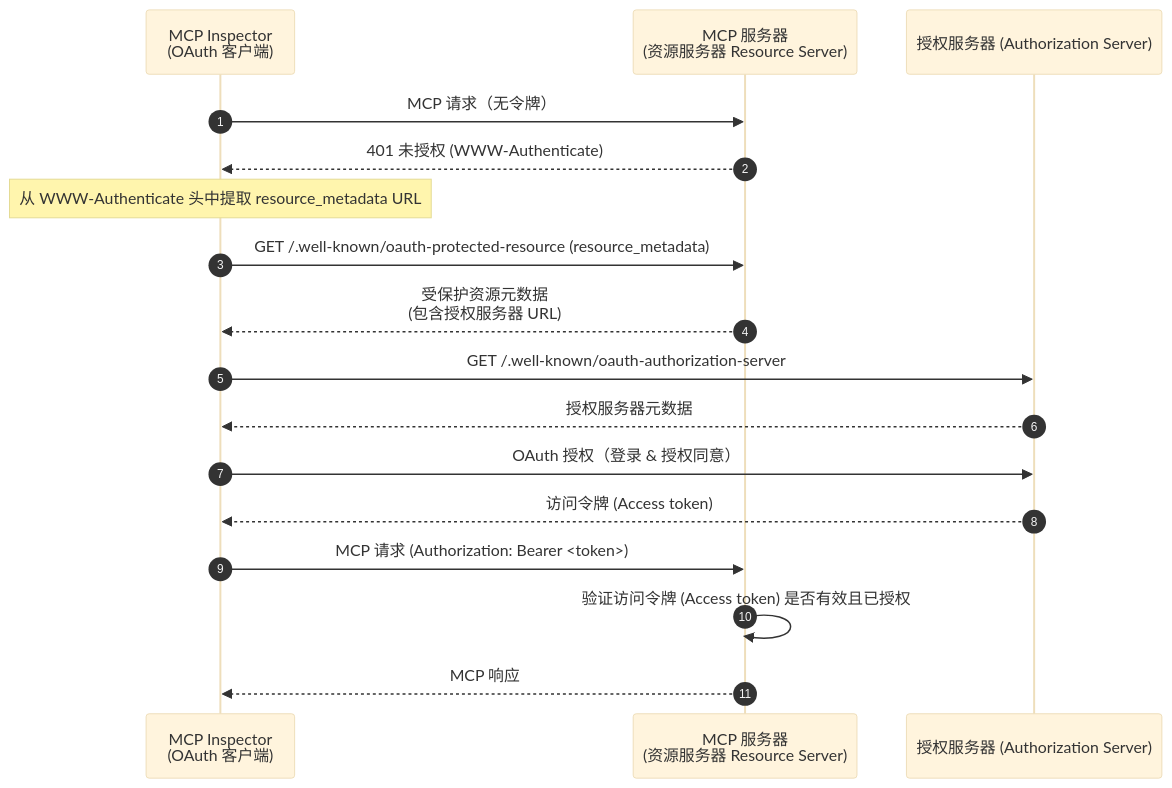
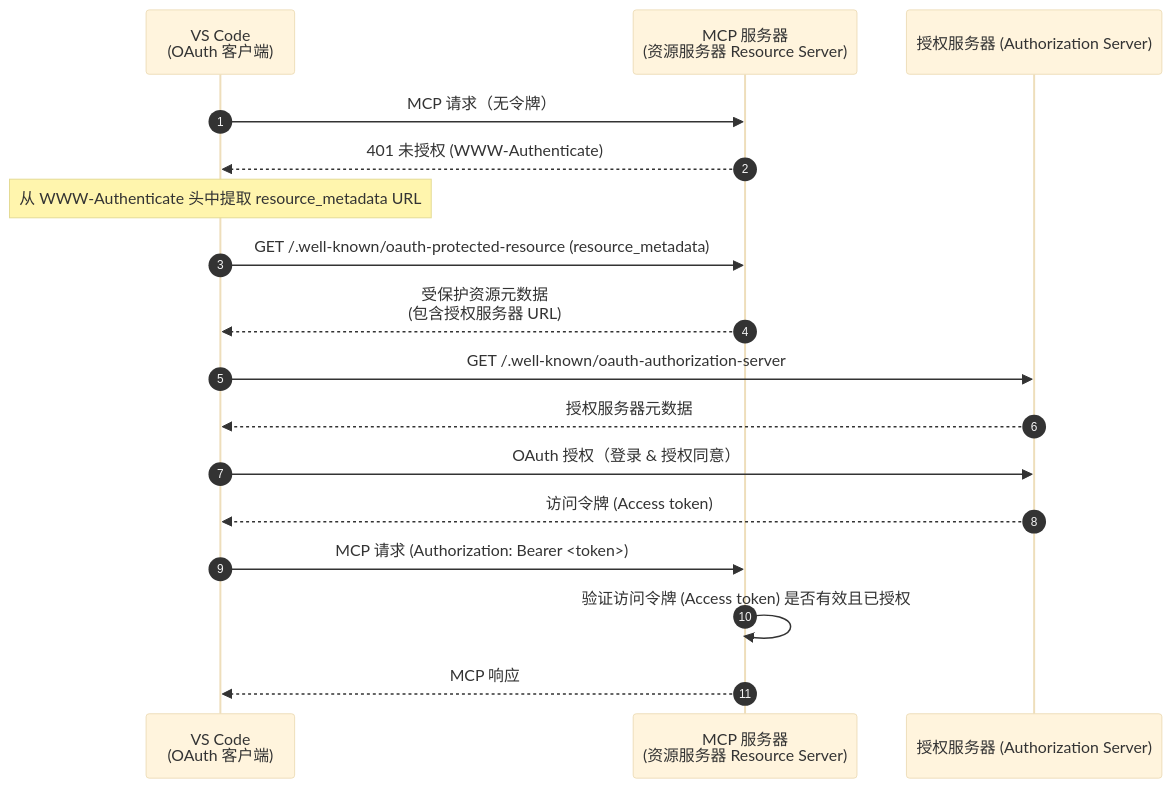
Before and after one commit to mcp-auth/docs: the first of 2 diagrams in i18n/zh-CN/docusaurus-plugin-content-docs/current/tutorials/todo-manager/README.mdx, drawn with Mermaid (base theme). The commit also changed other lines of this file and 18 other files, not shown here.

````diff
--- a/i18n/zh-CN/docusaurus-plugin-content-docs/current/tutorials/todo-manager/README.mdx
+++ b/i18n/zh-CN/docusaurus-plugin-content-docs/current/tutorials/todo-manager/README.mdx
@@ -39,23 +40,23 @@
 ```mermaid
 sequenceDiagram
   autonumber
-  participant Client as MCP Inspector<br/>(OAuth 客户端)
+  participant Client as VS Code<br/>(OAuth 客户端)
   participant RS as MCP 服务器<br/>(资源服务器 Resource Server)
   participant AS as 授权服务器 (Authorization Server)
 
   Client->>RS: MCP 请求（无令牌）
   RS-->>Client: 401 未授权 (WWW-Authenticate)
   Note over Client: 从 WWW-Authenticate 头中提取 resource_metadata URL
 
   Client->>RS: GET /.well-known/oauth-protected-resource (resource_metadata)
   RS-->>Client: 受保护资源元数据<br/>(包含授权服务器 URL)
 
   Client->>AS: GET /.well-known/oauth-authorization-server
   AS-->>Client: 授权服务器元数据
   Client->>AS: OAuth 授权（登录 & 授权同意）
   AS-->>Client: 访问令牌 (Access token)
 
   Client->>RS: MCP 请求 (Authorization: Bearer <token>)
   RS->>RS: 验证访问令牌 (Access token) 是否有效且已授权
   RS-->>Client: MCP 响应
 ```
````
